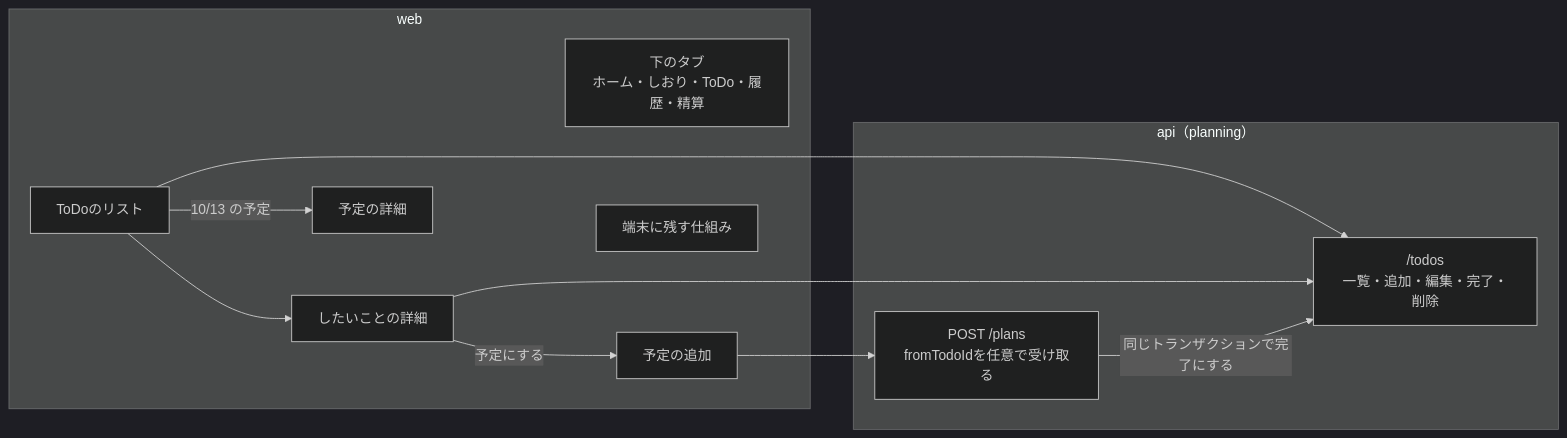
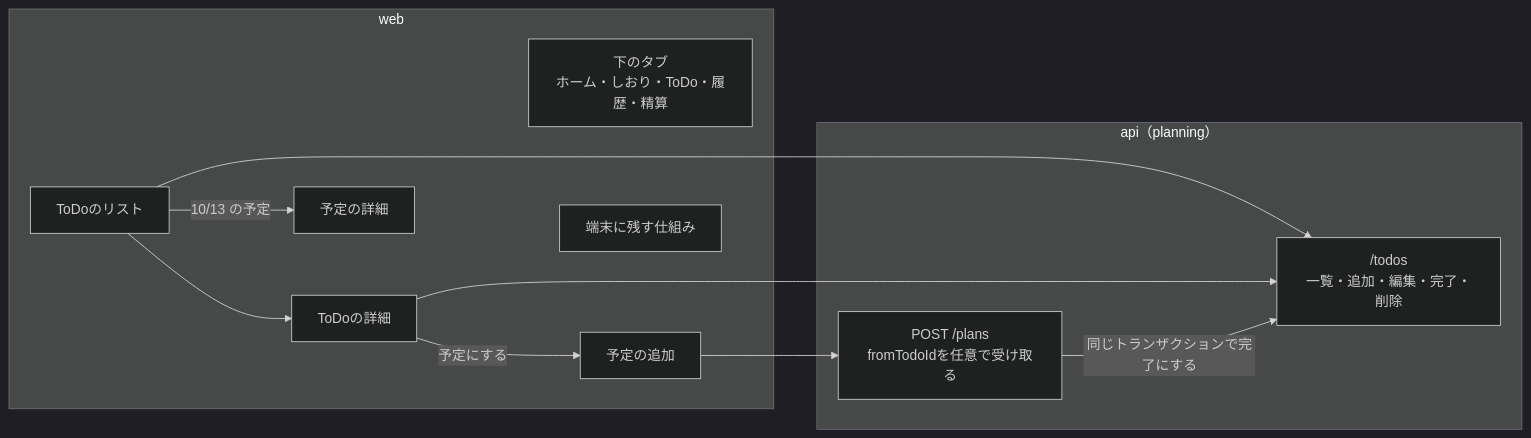
The first of 4 diagrams in docs/designs/trip-todo.md (oze-xxbumpxx/Tomotabi), drawn with Mermaid (dark theme) before and after one commit. The commit also changed other lines of this file and 4 other files, not shown here.

````diff
--- a/docs/designs/trip-todo.md
+++ b/docs/designs/trip-todo.md
@@ -12,17 +12,17 @@
 ```mermaid
 flowchart LR
   subgraph web
     tab["下のタブ<br/>ホーム・しおり・ToDo・履歴・精算"]
-    list[ToDoのリスト] --> detail[したいことの詳細]
+    list[ToDoのリスト] --> detail[ToDoの詳細]
     detail -->|予定にする| form[予定の追加]
     list -->|10/13 の予定| plan[予定の詳細]
     pending[端末に残す仕組み]
   end
   subgraph api["api（planning）"]
     todos["/todos<br/>一覧・追加・編集・完了・削除"]
     plans["POST /plans<br/>fromTodoIdを任意で受け取る"]
   end
   list & detail --> todos
   form --> plans
   plans -->|同じトランザクションで完了にする| todos
 ```
````
